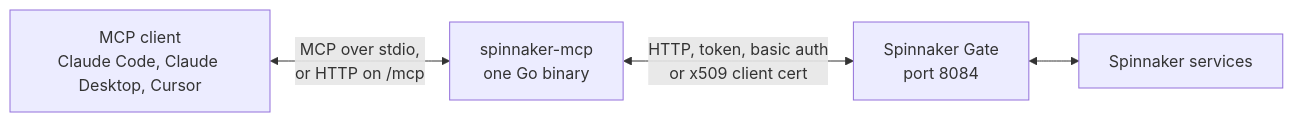
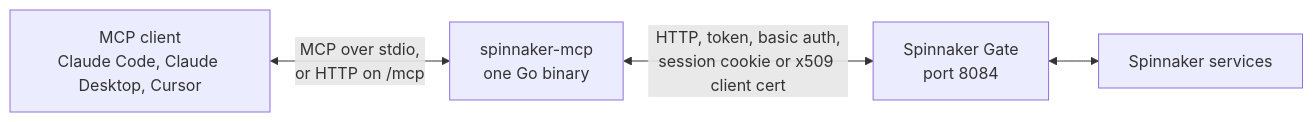
The diagram in docs/index.md (GeiserX/spinnaker-mcp), drawn with Mermaid before and after one commit. The commit also changed other lines of this file and 13 other files, not shown here.

First line of the commit message:
feat(auth): sign in to a Gate behind SSO with its session cookie (#45)

````diff
--- a/docs/index.md
+++ b/docs/index.md
@@ -70,10 +70,10 @@
 ```mermaid
 flowchart LR
     C[MCP client<br/>Claude Code, Claude Desktop, Cursor]
     S[spinnaker-mcp<br/>one Go binary]
     G[Spinnaker Gate<br/>port 8084]
     SP[Spinnaker services]
     C <-->|MCP over stdio,<br/>or HTTP on /mcp| S
-    S <-->|HTTP, token, basic auth<br/>or x509 client cert| G
+    S <-->|HTTP, token, basic auth,<br/>session cookie or x509 client cert| G
     G <--> SP
 ```
````
